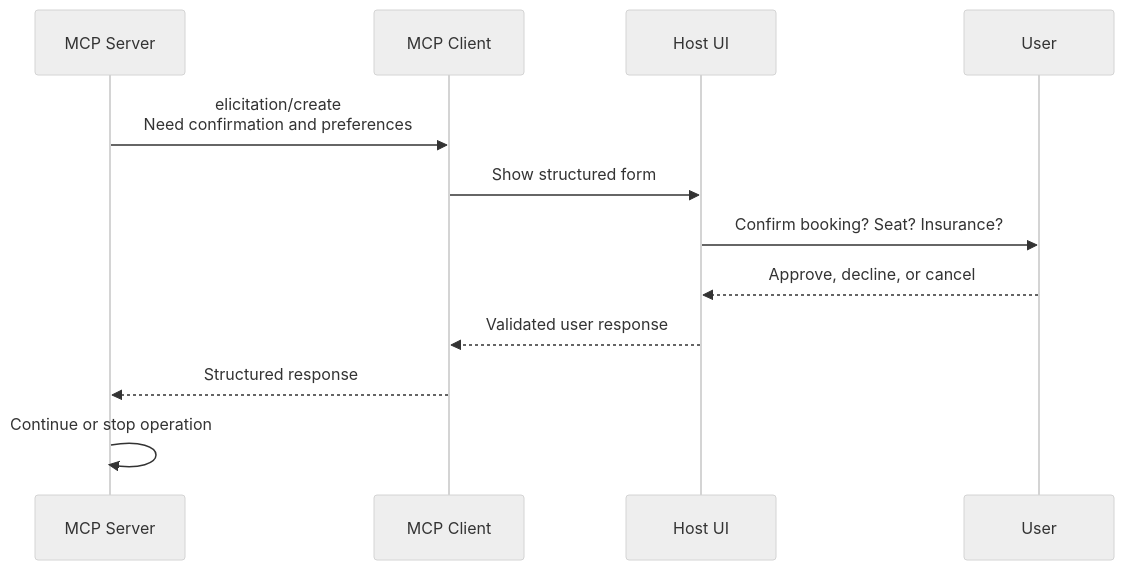
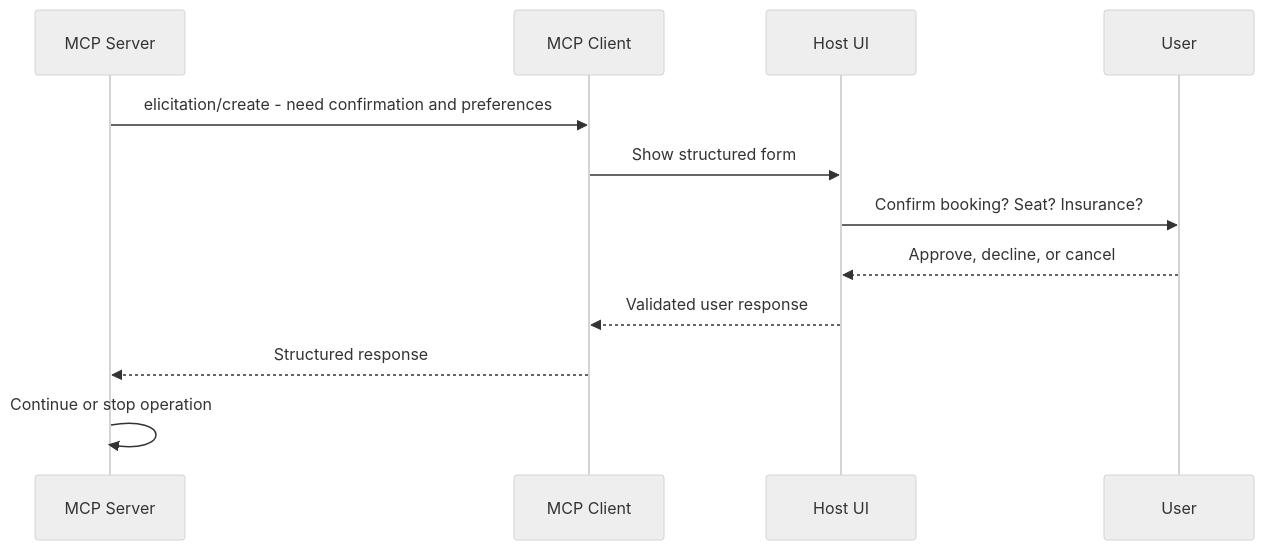
The third of 6 diagrams in docs/stages/06-mcp/mcp-hosts-clients-servers/index.md (AceronX/ai-agent-roadmap), drawn with Mermaid (neutral theme) before and after one commit. The commit also changed other lines of this file, not shown here.

````diff
--- a/docs/stages/06-mcp/mcp-hosts-clients-servers/index.md
+++ b/docs/stages/06-mcp/mcp-hosts-clients-servers/index.md
@@ -265,15 +265,15 @@
 ```mermaid
 sequenceDiagram
     participant S as MCP Server
     participant C as MCP Client
     participant H as Host UI
     participant U as User
 
-    S->>C: elicitation/create<br/>Need confirmation and preferences
+    S->>C: elicitation/create - need confirmation and preferences
     C->>H: Show structured form
     H->>U: Confirm booking? Seat? Insurance?
     U-->>H: Approve, decline, or cancel
     H-->>C: Validated user response
     C-->>S: Structured response
     S->>S: Continue or stop operation
 ```
````
